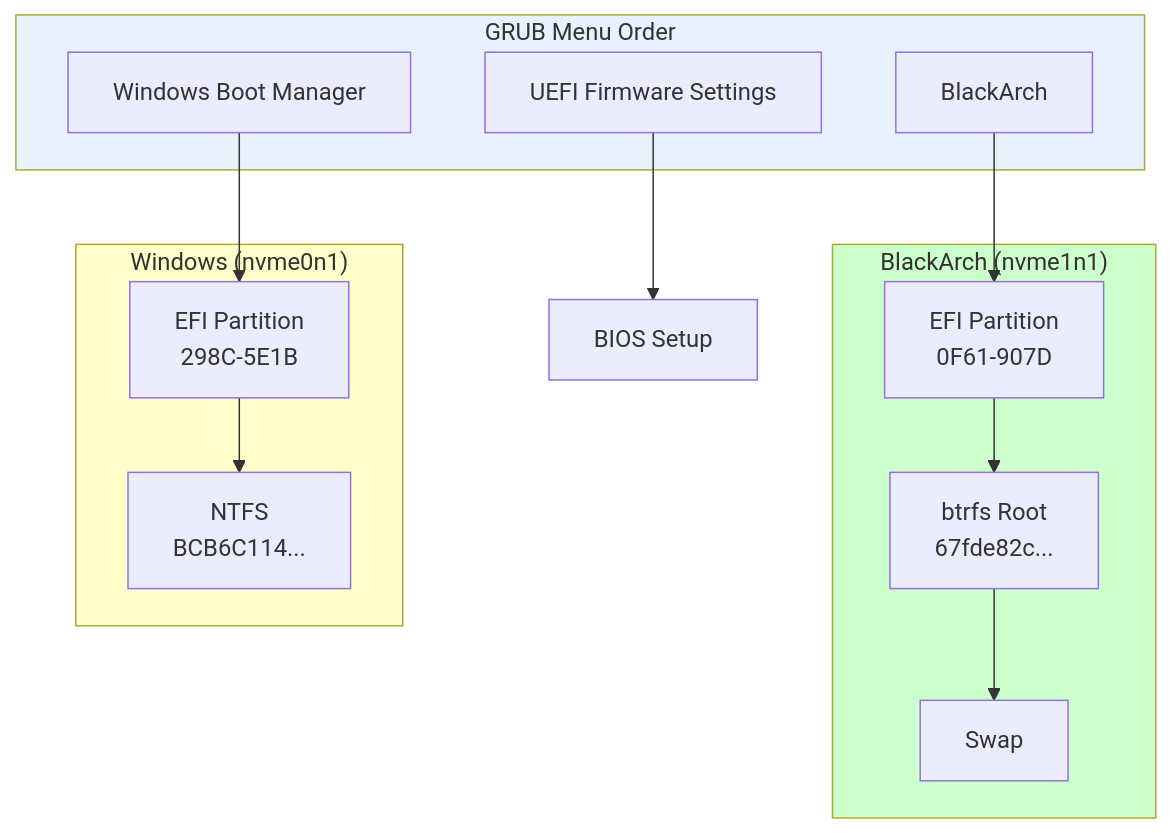
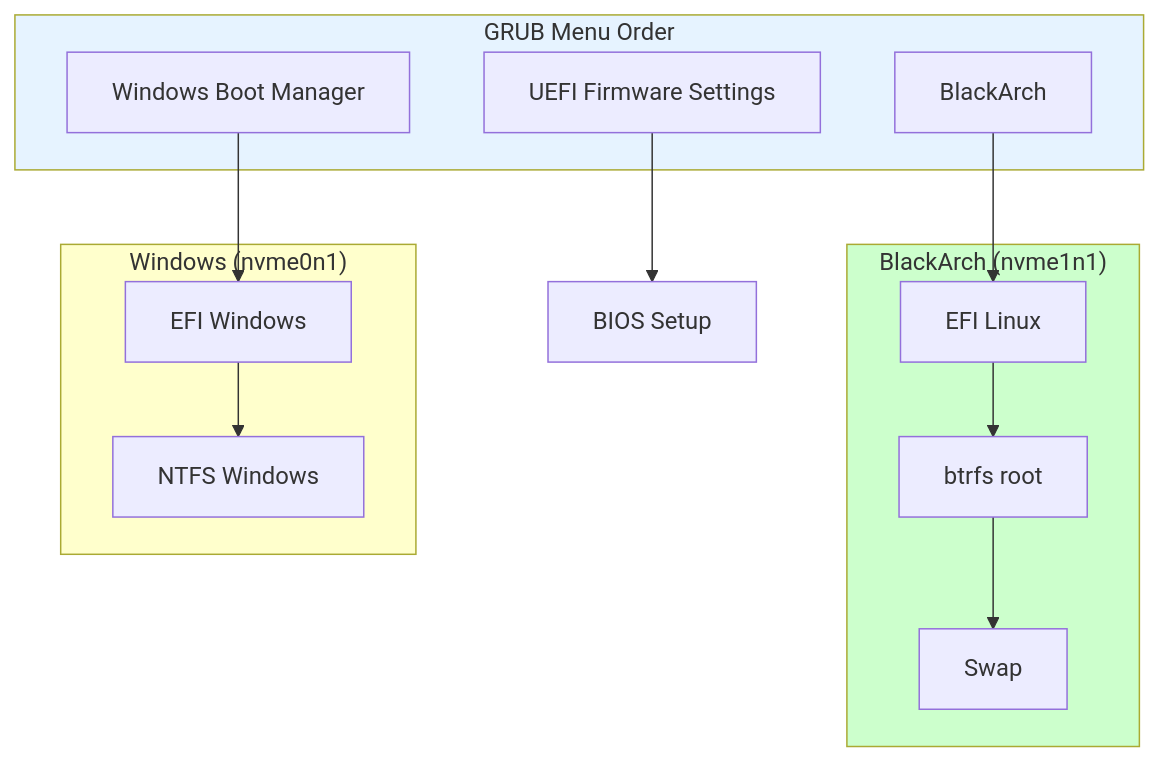
One commit to 444Nazky/My-Vault changed the third of 5 diagrams in System/System-Architecture.md. Above: the diagram before and after it, drawn with Mermaid. The commit also changed other lines of this file and 8 other files, not shown here.

````diff
--- a/System/System-Architecture.md
+++ b/System/System-Architecture.md
@@ -102,32 +102,32 @@
 ```mermaid
 graph TB
     subgraph Boot["GRUB Menu Order"]
         M1[BlackArch]
         M2[Windows Boot Manager]
         M3[UEFI Firmware Settings]
     end
 
     subgraph Linux["BlackArch (nvme1n1)"]
-        L1[EFI Partition<br/>0F61-907D]
-        L2[btrfs Root<br/>67fde82c...]
+        L1["EFI Linux"]
+        L2["btrfs root"]
         L3[Swap]
     end
 
     subgraph Windows["Windows (nvme0n1)"]
-        W1[EFI Partition<br/>298C-5E1B]
-        W2[NTFS<br/>BCB6C114...]
+        W1["EFI Windows"]
+        W2["NTFS Windows"]
     end
 
     M1 --> L1
     L1 --> L2
     L2 --> L3
 
     M2 --> W1
     W1 --> W2
 
     M3 --> FW[BIOS Setup]
 
     style Boot fill:#e6f3ff
     style Linux fill:#ccffcc
     style Windows fill:#ffffcc
 ```
````
